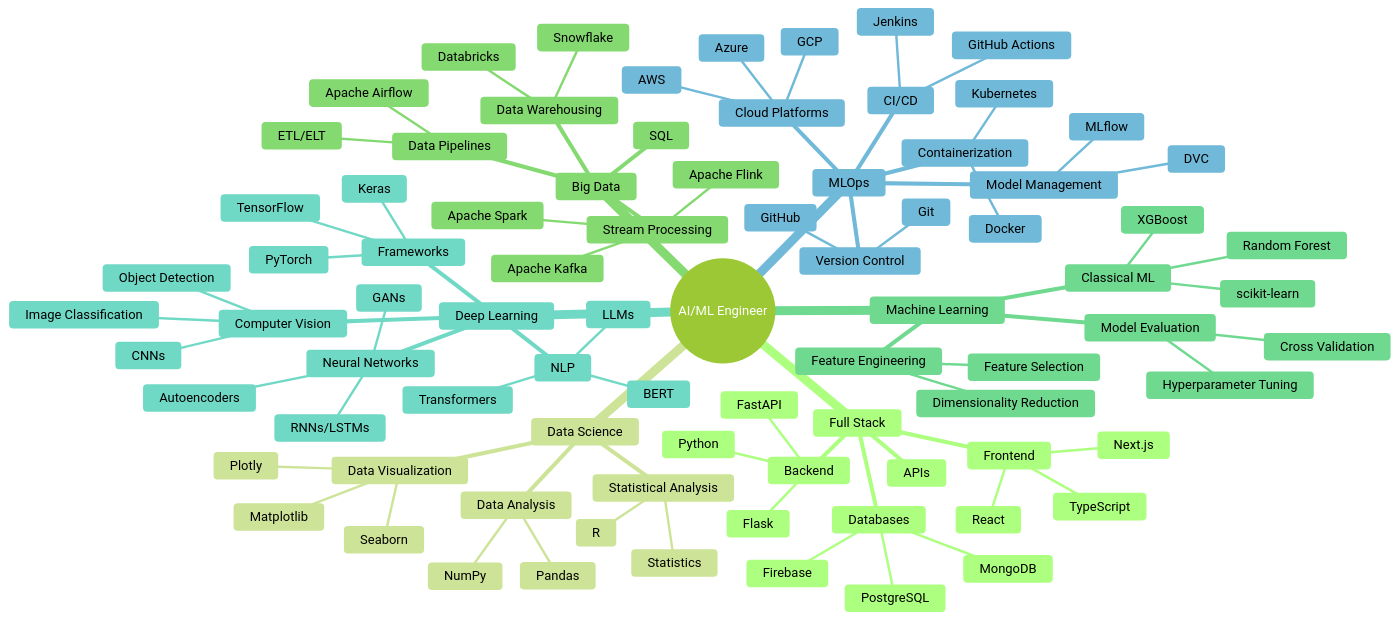
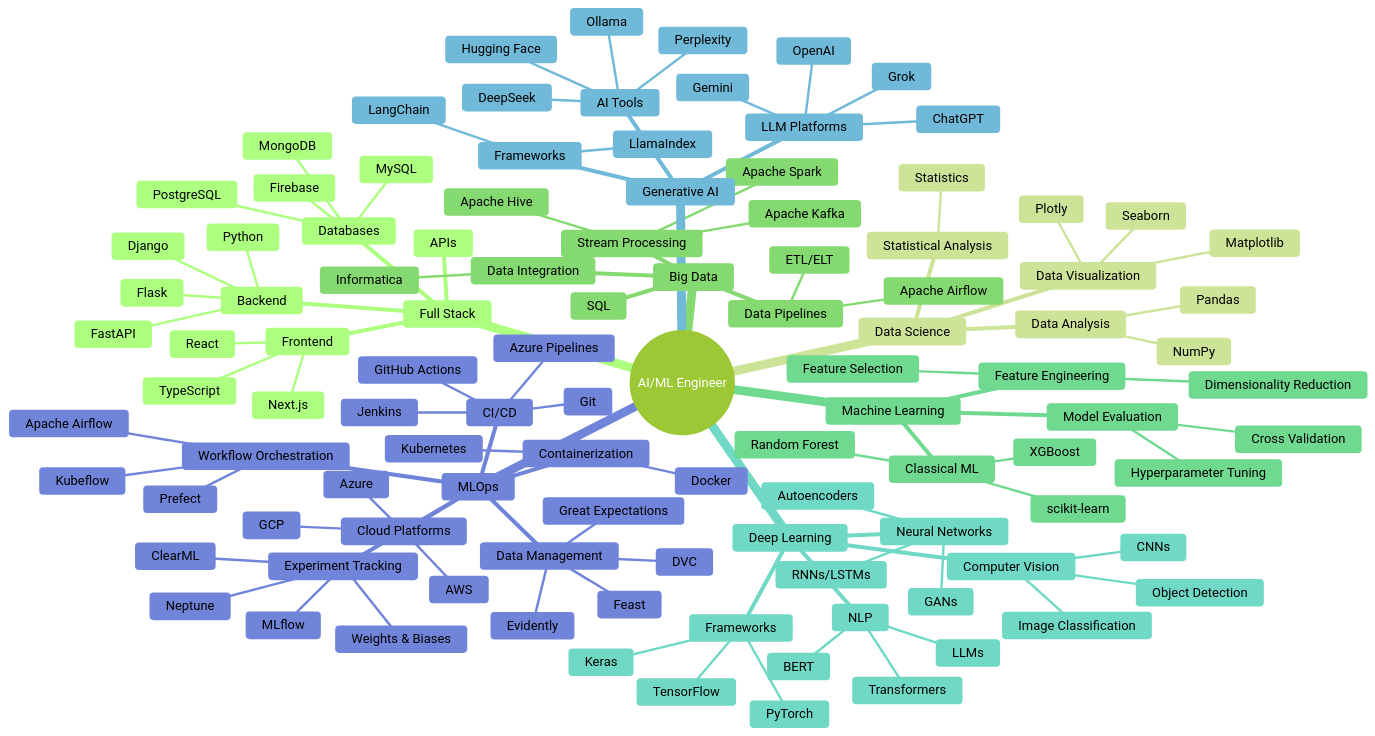
One commit to jagadeshchilla/jagadeshchilla changed the diagram in README.md. Above: the diagram before and after it, drawn with Mermaid (forest theme).

Commit message:
Docker ImageBuild and ecr repo

```diff
--- a/README.md
+++ b/README.md
@@ -61,10 +61,12 @@
         Python
         FastAPI
         Flask
+        Django
       APIs
       Databases
         PostgreSQL
         MongoDB
+        MySQL
         Firebase
     Data Science
       Data Analysis
@@ -75,7 +77,6 @@
         Seaborn
         Plotly
       Statistical Analysis
-        R
         Statistics
     Big Data
       SQL
@@ -85,10 +86,9 @@
       Stream Processing
         Apache Spark
         Apache Kafka
-        Apache Flink
-      Data Warehousing
-        Snowflake
-        Databricks
+        Apache Hive
+      Data Integration
+        Informatica
     Machine Learning
       Classical ML
         scikit-learn
@@ -117,16 +117,40 @@
         RNNs/LSTMs
         GANs
         Autoencoders
+    Generative AI
+      LLM Platforms
+        OpenAI
+        ChatGPT
+        Gemini
+        Grok
+      AI Tools
+        Perplexity
+        DeepSeek
+        Hugging Face
+        Ollama
+      Frameworks
+        LangChain
+        LlamaIndex
     MLOps
-      Version Control
+      Experiment Tracking
+        MLflow
+        Weights & Biases
+        Neptune
+        ClearML
+      Workflow Orchestration
+        Apache Airflow
+        Prefect
+        Kubeflow
+      Data Management
+        DVC
+        Feast
+        Great Expectations
+        Evidently
+      CI/CD
         Git
-        GitHub
-      CI/CD
+        GitHub Actions
+        Azure Pipelines
         Jenkins
-        GitHub Actions
-      Model Management
-        MLflow
-        DVC
       Containerization
         Docker
         Kubernetes
```
